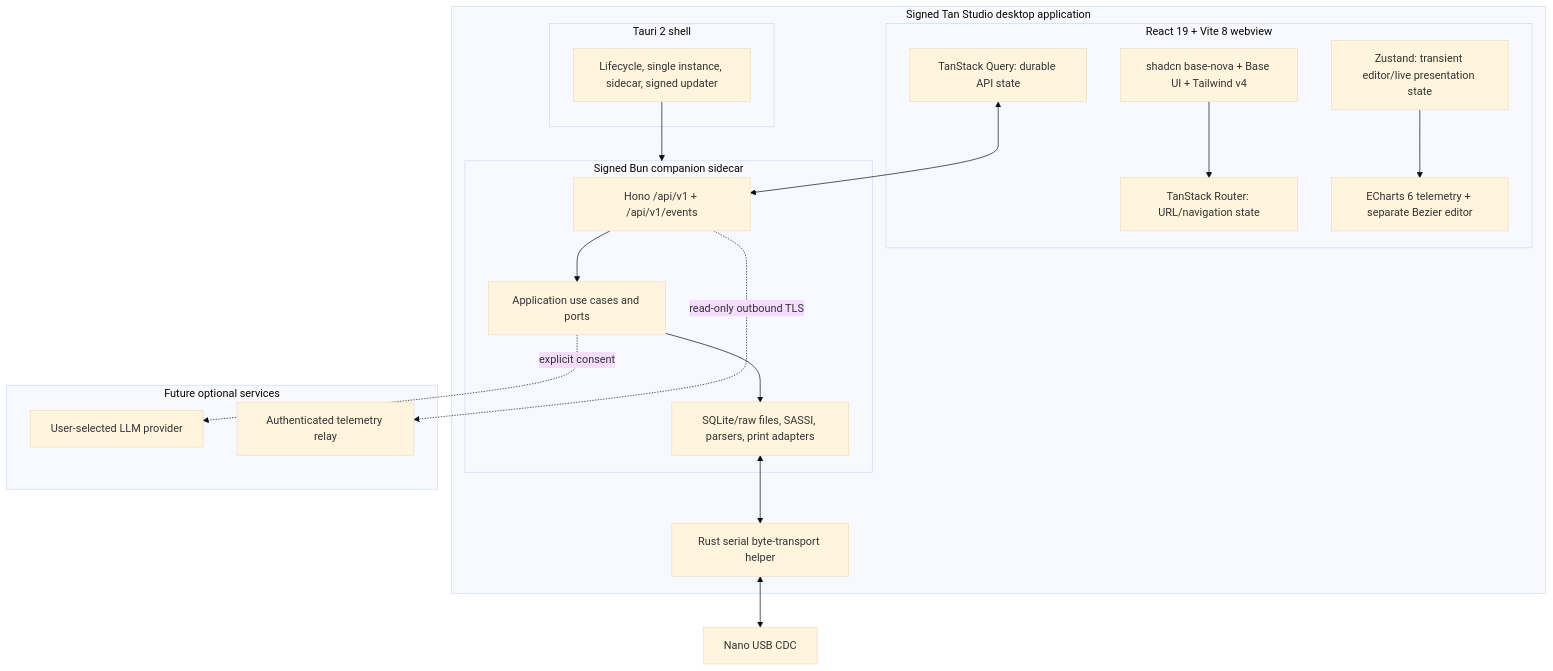
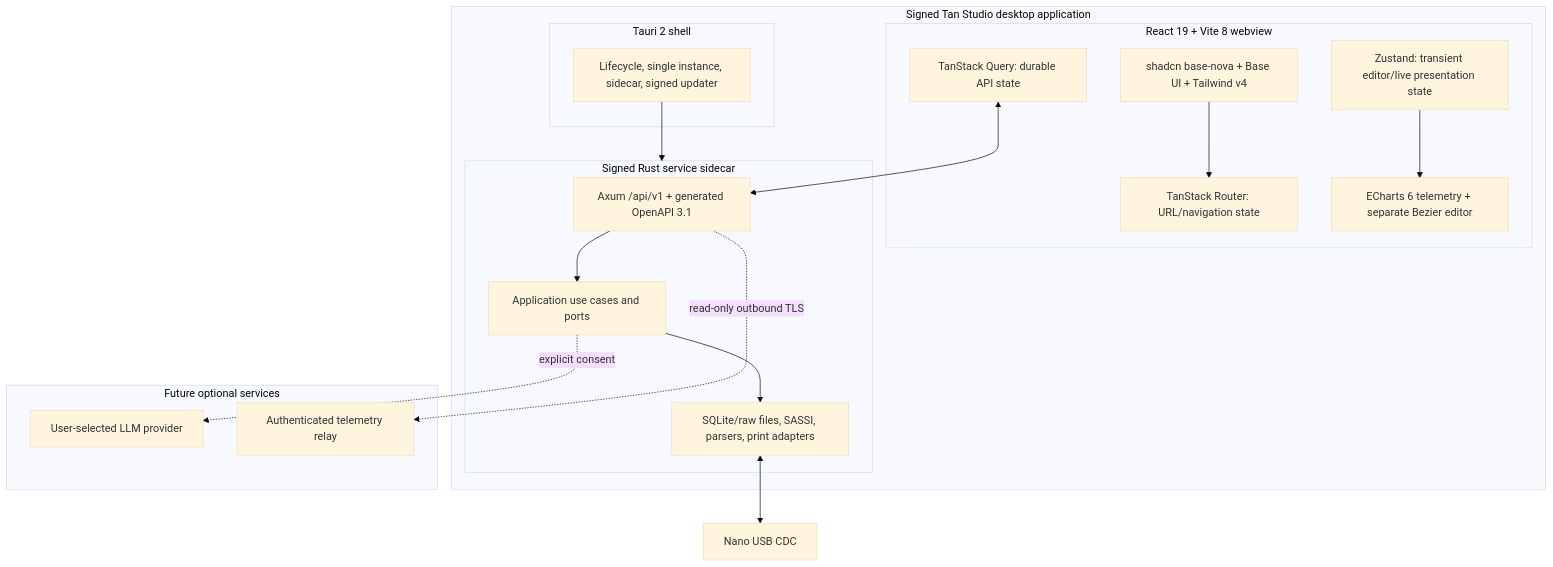
One commit to xavierroma/tan-studio changed the first of 2 diagrams in docs/03-product-requirements-document.md. Above: the diagram before and after it, drawn with Mermaid (base theme). The commit also changed other lines of this file and 34 other files, not shown here.

````diff
--- a/docs/03-product-requirements-document.md
+++ b/docs/03-product-requirements-document.md
@@ -551,36 +551,34 @@
 ```mermaid
 flowchart TB
     subgraph Bundle["Signed Tan Studio desktop application"]
       subgraph Shell["Tauri 2 shell"]
         LIFE["Lifecycle, single instance, sidecar, signed updater"]
       end
       subgraph Web["React 19 + Vite 8 webview"]
         ROUTER["TanStack Router: URL/navigation state"]
         RQ["TanStack Query: durable API state"]
         ZS["Zustand: transient editor/live presentation state"]
         UI["shadcn base-nova + Base UI + Tailwind v4"]
         CH["ECharts 6 telemetry + separate Bezier editor"]
       end
-      subgraph Local["Signed Bun companion sidecar"]
-        HTTP["Hono /api/v1 + /api/v1/events"]
+      subgraph Local["Signed Rust service sidecar"]
+        HTTP["Axum /api/v1 + generated OpenAPI 3.1"]
         APP["Application use cases and ports"]
         ADAPTERS["SQLite/raw files, SASSI, parsers, print adapters"]
       end
-      SERIAL["Rust serial byte-transport helper"]
     end
 
     subgraph Optional["Future optional services"]
       AI["User-selected LLM provider"]
       RELAY["Authenticated telemetry relay"]
     end
 
     LIFE --> Local
     UI --> ROUTER
     RQ <--> HTTP
     ZS --> CH
     HTTP --> APP --> ADAPTERS
-    ADAPTERS <--> SERIAL
-    SERIAL <--> NANO["Nano USB CDC"]
+    ADAPTERS <--> NANO["Nano USB CDC"]
     APP -. explicit consent .-> AI
     HTTP -. read-only outbound TLS .-> RELAY
 ```
````
